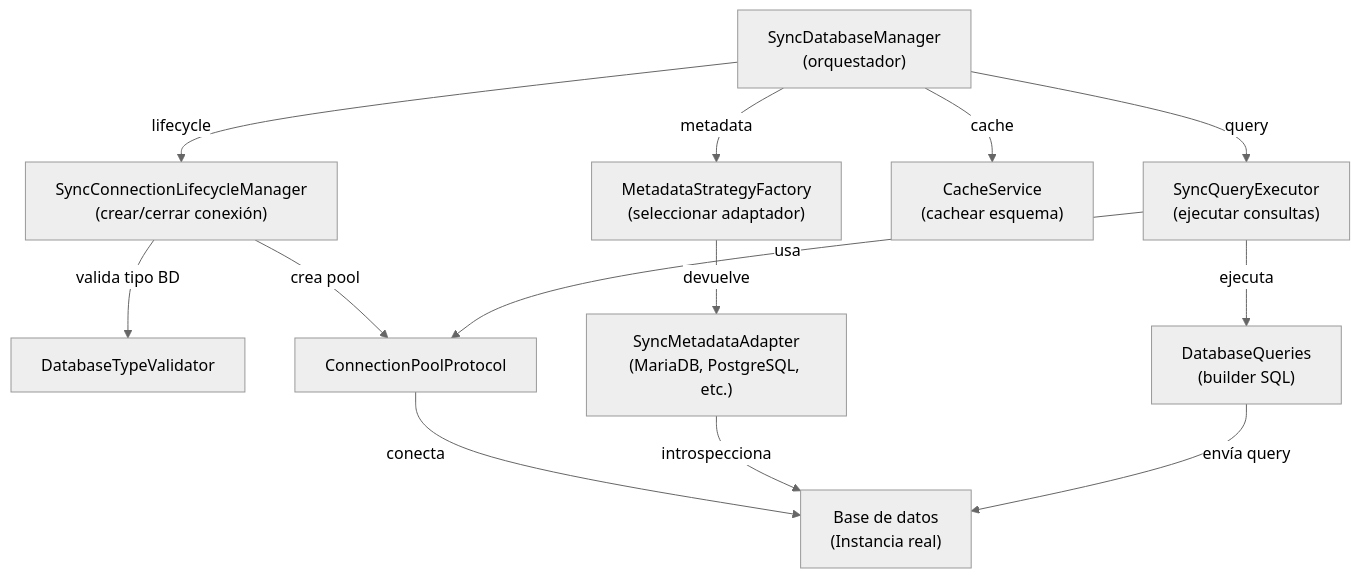
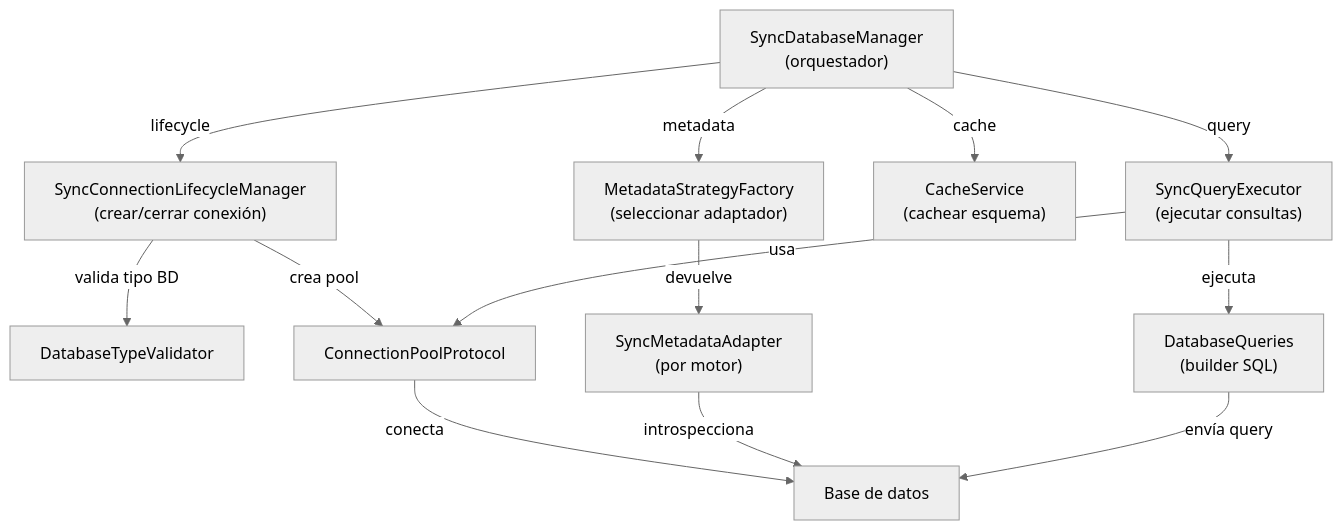
The diagram in docs/api/managers-sync-technical.md (fmanza/util_bbdd), drawn with Mermaid (neutral theme) before and after one commit. The commit also changed other lines of this file and 117 other files, not shown here.

````diff
--- a/docs/api/managers-sync-technical.md
+++ b/docs/api/managers-sync-technical.md
@@ -9,21 +7,21 @@
 ```mermaid
 flowchart TD
-    A["SyncDatabaseManager<br/>(orquestador)"]
+    A["SyncDatabaseManager\n(orquestador)"]
 
-    A -->|lifecycle| B["SyncConnectionLifecycleManager<br/>(crear/cerrar conexión)"]
-    A -->|metadata| C["MetadataStrategyFactory<br/>(seleccionar adaptador)"]
-    A -->|cache| D["CacheService<br/>(cachear esquema)"]
-    A -->|query| E["SyncQueryExecutor<br/>(ejecutar consultas)"]
+    A -->|lifecycle| B["SyncConnectionLifecycleManager\n(crear/cerrar conexión)"]
+    A -->|metadata| C["MetadataStrategyFactory\n(seleccionar adaptador)"]
+    A -->|cache| D["CacheService\n(cachear esquema)"]
+    A -->|query| E["SyncQueryExecutor\n(ejecutar consultas)"]
 
     B -->|valida tipo BD| F["DatabaseTypeValidator"]
     B -->|crea pool| G["ConnectionPoolProtocol"]
 
-    C -->|devuelve| H["SyncMetadataAdapter<br/>(MariaDB, PostgreSQL, etc.)"]
+    C -->|devuelve| H["SyncMetadataAdapter\n(por motor)"]
 
     E -->|usa| G
-    E -->|ejecuta| I["DatabaseQueries<br/>(builder SQL)"]
+    E -->|ejecuta| I["DatabaseQueries\n(builder SQL)"]
 
-    G -->|conecta| J["Base de datos<br/>(Instancia real)"]
+    G -->|conecta| J["Base de datos"]
     H -->|introspecciona| J
     I -->|envía query| J
 ```
````
